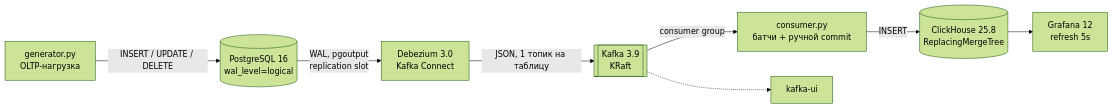
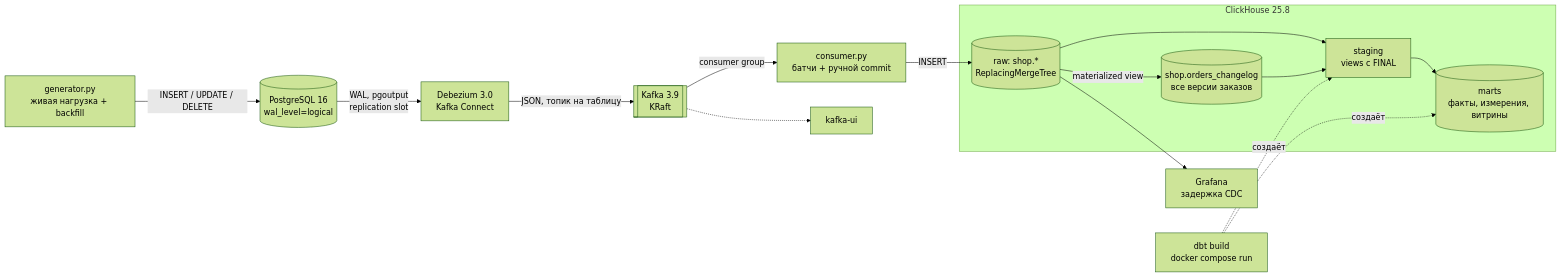
Before and after one commit to Game-Fore/shop-data-platform: the diagram in README.md, drawn with Mermaid (forest theme). The commit also changed other lines of this file and 2 other files, not shown here.

Commit message:
docs: README for data platform (EN intro, architecture, dbt layer, results)

````diff
--- a/README.md
+++ b/README.md
@@ -9,10 +36,24 @@
 ```mermaid
 flowchart LR
-    G[generator.py<br/>OLTP-нагрузка] -->|INSERT / UPDATE / DELETE| PG[(PostgreSQL 16<br/>wal_level=logical)]
+    G[generator.py<br/>живая нагрузка + backfill] -->|INSERT / UPDATE / DELETE| PG[(PostgreSQL 16<br/>wal_level=logical)]
     PG -->|WAL, pgoutput<br/>replication slot| DBZ[Debezium 3.0<br/>Kafka Connect]
-    DBZ -->|JSON, 1 топик на таблицу| K[[Kafka 3.9<br/>KRaft]]
+    DBZ -->|JSON, топик на таблицу| K[[Kafka 3.9<br/>KRaft]]
     K -->|consumer group| C[consumer.py<br/>батчи + ручной commit]
-    C -->|INSERT| CH[(ClickHouse 25.8<br/>ReplacingMergeTree)]
-    CH --> GR[Grafana 12<br/>refresh 5s]
+
+    subgraph CH [ClickHouse 25.8]
+        RAW[(raw: shop.*<br/>ReplacingMergeTree)]
+        LOG[(shop.orders_changelog<br/>все версии заказов)]
+        STG[staging<br/>views с FINAL]
+        MARTS[(marts<br/>факты, измерения, витрины)]
+        RAW -->|materialized view| LOG
+        RAW --> STG
+        LOG --> STG
+        STG --> MARTS
+    end
+
+    C -->|INSERT| RAW
+    DBT[dbt build<br/>docker compose run] -.->|создаёт| STG
+    DBT -.->|создаёт| MARTS
+    RAW --> GR[Grafana<br/>задержка CDC]
     K -.-> UI[kafka-ui]
 ```
````
